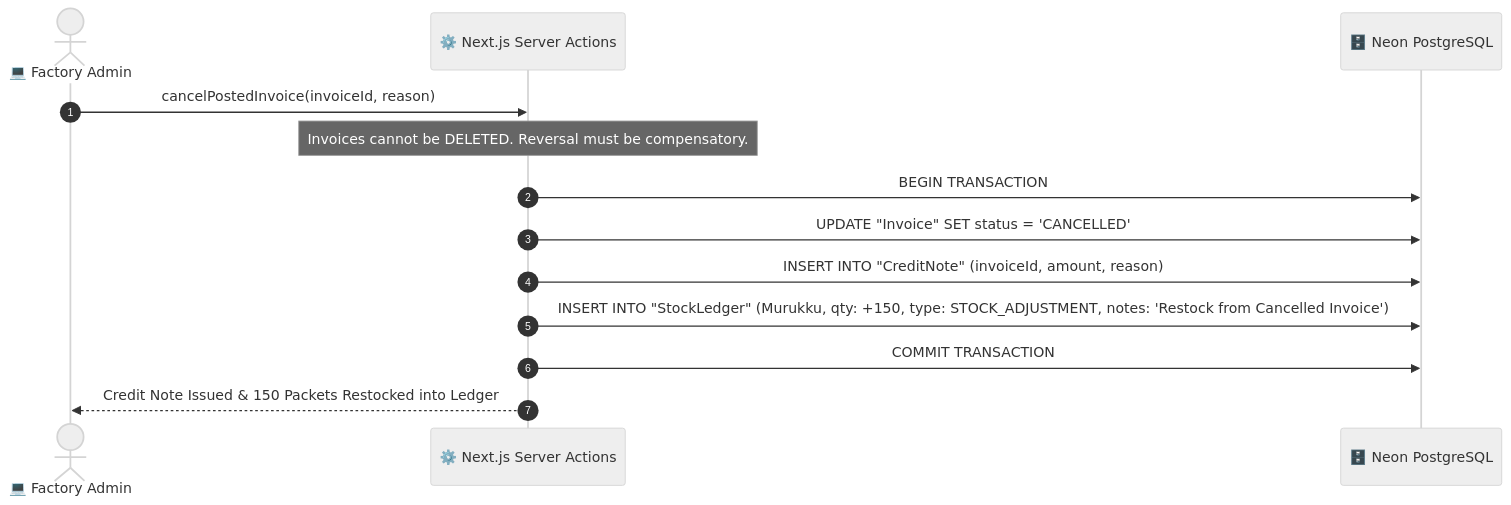
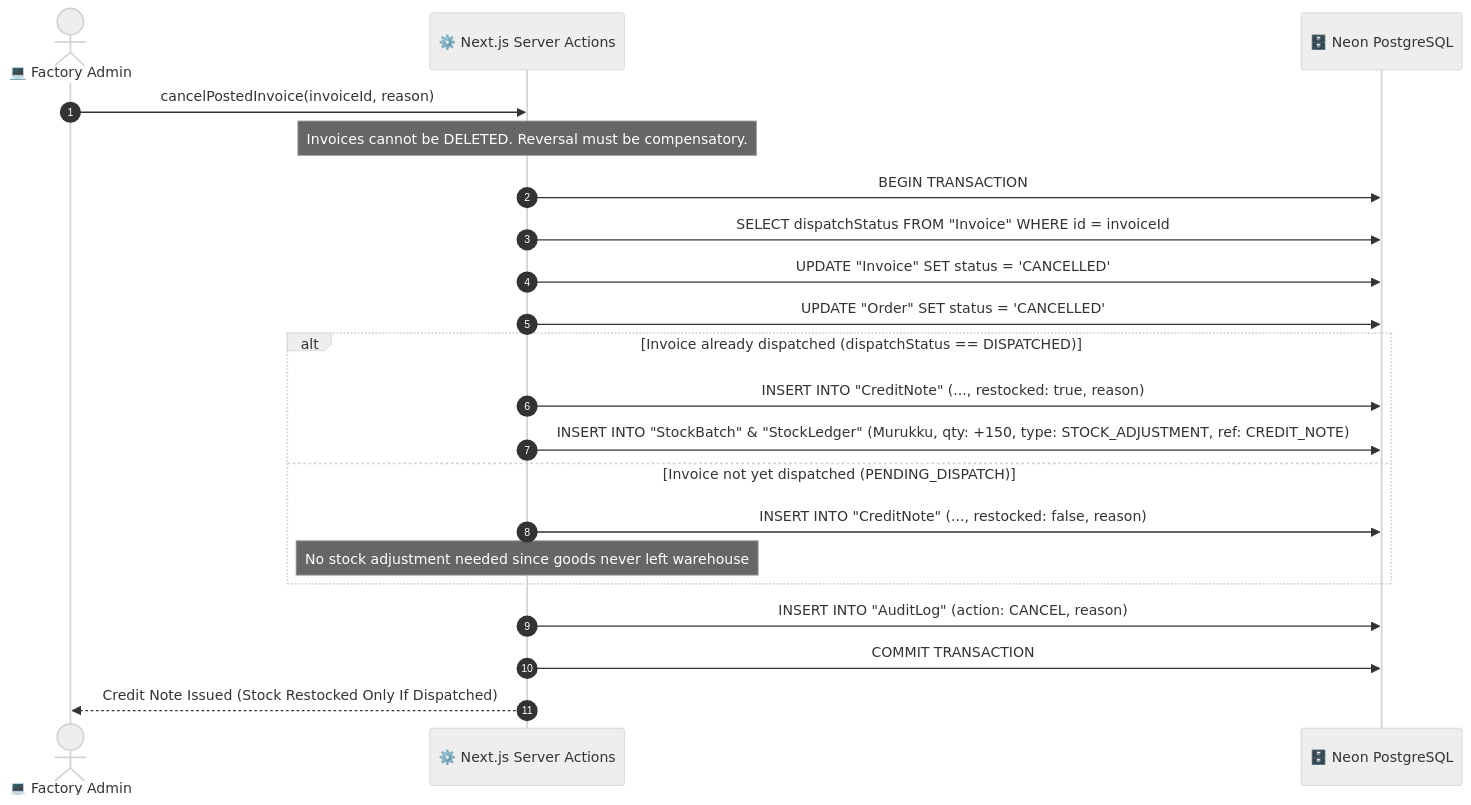
One commit to RohithRV2006/Nittin changed the fifth of 8 diagrams in docs/DESIGN.md. Above: the diagram before and after it, drawn with Mermaid (neutral theme). The commit also changed other lines of this file and 9 other files, not shown here.

Commit message:
docs: add comprehensive system architecture and business logic documentation

````diff
--- a/docs/DESIGN.md
+++ b/docs/DESIGN.md
@@ -258,16 +264,24 @@
 ```mermaid
 sequenceDiagram
     autonumber
     actor Admin as 💻 Factory Admin
     participant System as ⚙️ Next.js Server Actions
     participant DB as 🗄️ Neon PostgreSQL
 
     Admin->>System: cancelPostedInvoice(invoiceId, reason)
     Note over System: Invoices cannot be DELETED. Reversal must be compensatory.
     System->>DB: BEGIN TRANSACTION
+    System->>DB: SELECT dispatchStatus FROM "Invoice" WHERE id = invoiceId
     System->>DB: UPDATE "Invoice" SET status = 'CANCELLED'
-    System->>DB: INSERT INTO "CreditNote" (invoiceId, amount, reason)
-    System->>DB: INSERT INTO "StockLedger" (Murukku, qty: +150, type: STOCK_ADJUSTMENT, notes: 'Restock from Cancelled Invoice')
+    System->>DB: UPDATE "Order" SET status = 'CANCELLED'
+    alt Invoice already dispatched (dispatchStatus == DISPATCHED)
+        System->>DB: INSERT INTO "CreditNote" (..., restocked: true, reason)
+        System->>DB: INSERT INTO "StockBatch" & "StockLedger" (Murukku, qty: +150, type: STOCK_ADJUSTMENT, ref: CREDIT_NOTE)
+    else Invoice not yet dispatched (PENDING_DISPATCH)
+        System->>DB: INSERT INTO "CreditNote" (..., restocked: false, reason)
+        Note over System: No stock adjustment needed since goods never left warehouse
+    end
+    System->>DB: INSERT INTO "AuditLog" (action: CANCEL, reason)
     System->>DB: COMMIT TRANSACTION
-    System-->>Admin: Credit Note Issued & 150 Packets Restocked into Ledger
+    System-->>Admin: Credit Note Issued (Stock Restocked Only If Dispatched)
 ```
````
